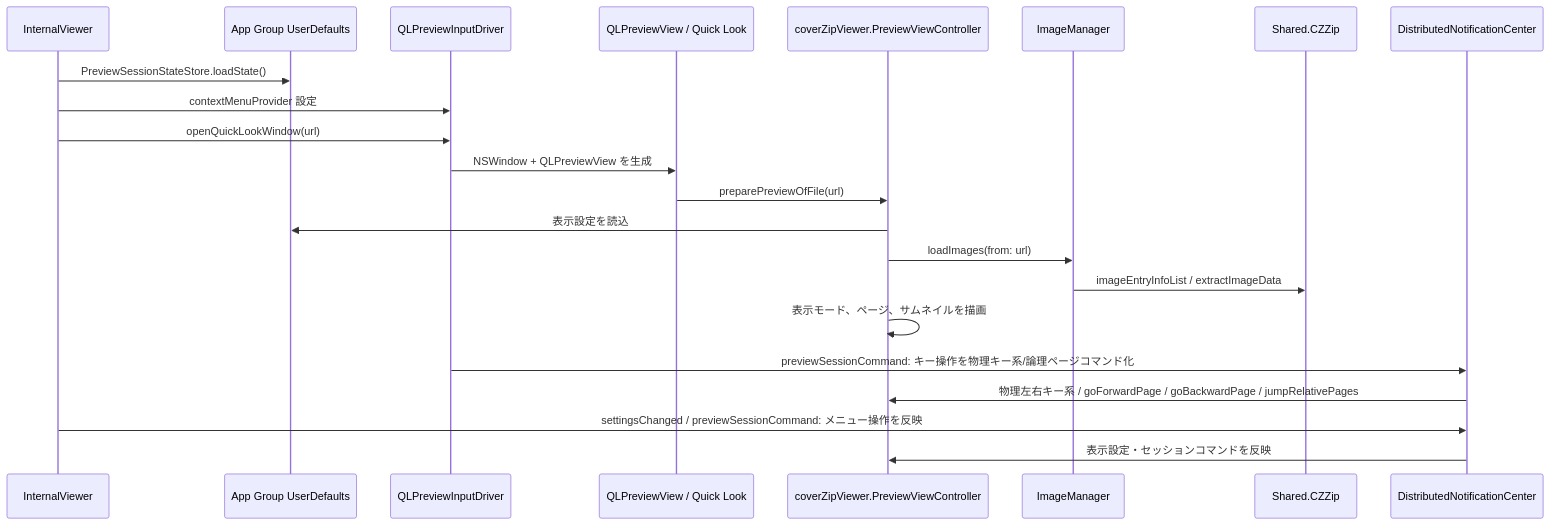
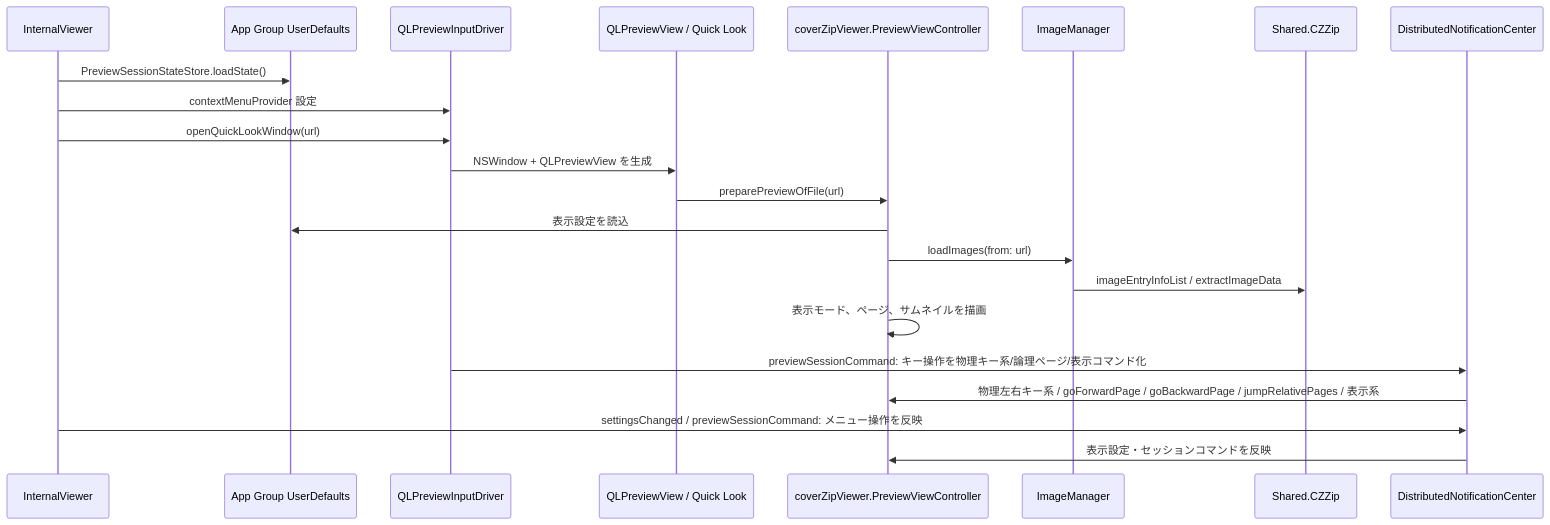
Before and after one commit to Nihondo/CoverZip: the third of 6 diagrams in flow.md, drawn with Mermaid. The commit also changed other lines of this file and 8 other files, not shown here.

````diff
--- a/flow.md
+++ b/flow.md
@@ -85,26 +85,26 @@
 ```mermaid
 sequenceDiagram
     participant Internal as InternalViewer
     participant Defaults as App Group UserDefaults
     participant Driver as QLPreviewInputDriver
     participant QL as QLPreviewView / Quick Look
     participant Preview as coverZipViewer.PreviewViewController
     participant Image as ImageManager
     participant Zip as Shared.CZZip
     participant DNC as DistributedNotificationCenter
 
     Internal->>Defaults: PreviewSessionStateStore.loadState()
     Internal->>Driver: contextMenuProvider 設定
     Internal->>Driver: openQuickLookWindow(url)
     Driver->>QL: NSWindow + QLPreviewView を生成
     QL->>Preview: preparePreviewOfFile(url)
     Preview->>Defaults: 表示設定を読込
     Preview->>Image: loadImages(from: url)
     Image->>Zip: imageEntryInfoList / extractImageData
     Preview->>Preview: 表示モード、ページ、サムネイルを描画
 
-    Driver->>DNC: previewSessionCommand: キー操作を物理キー系/論理ページコマンド化
-    DNC->>Preview: 物理左右キー系 / goForwardPage / goBackwardPage / jumpRelativePages
+    Driver->>DNC: previewSessionCommand: キー操作を物理キー系/論理ページ/表示コマンド化
+    DNC->>Preview: 物理左右キー系 / goForwardPage / goBackwardPage / jumpRelativePages / 表示系
     Internal->>DNC: settingsChanged / previewSessionCommand: メニュー操作を反映
     DNC->>Preview: 表示設定・セッションコマンドを反映
 ```
````
